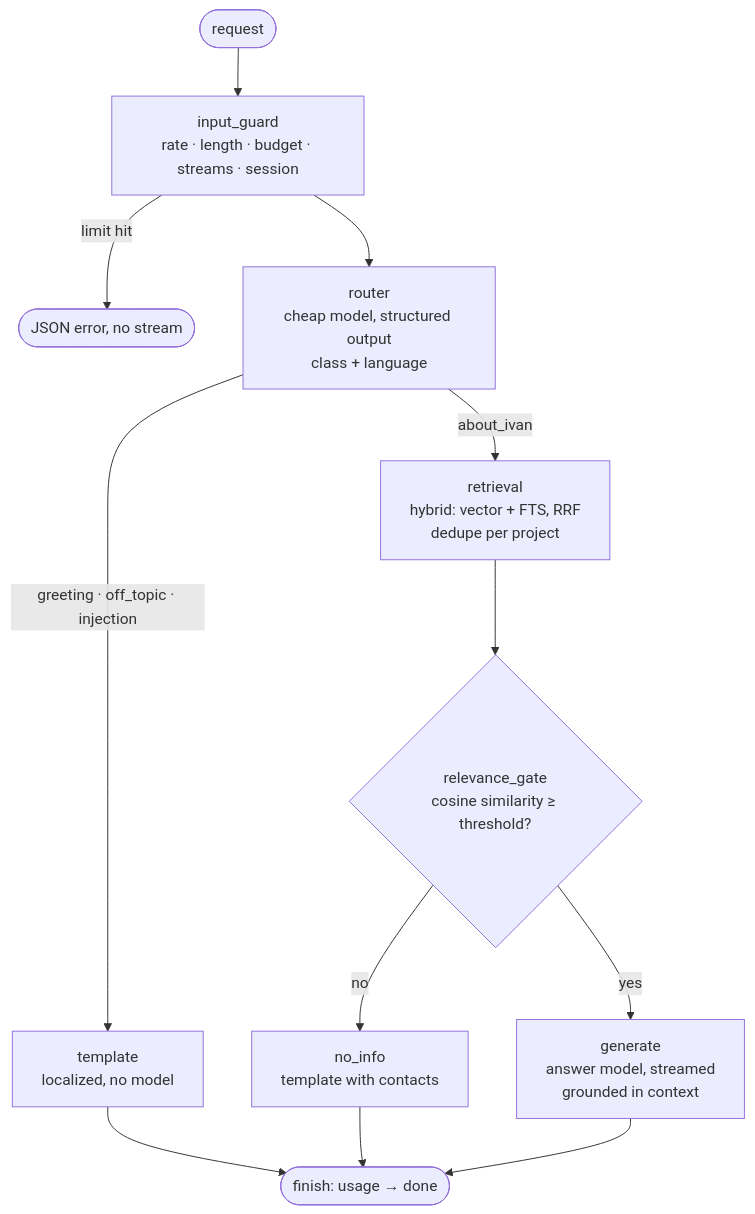
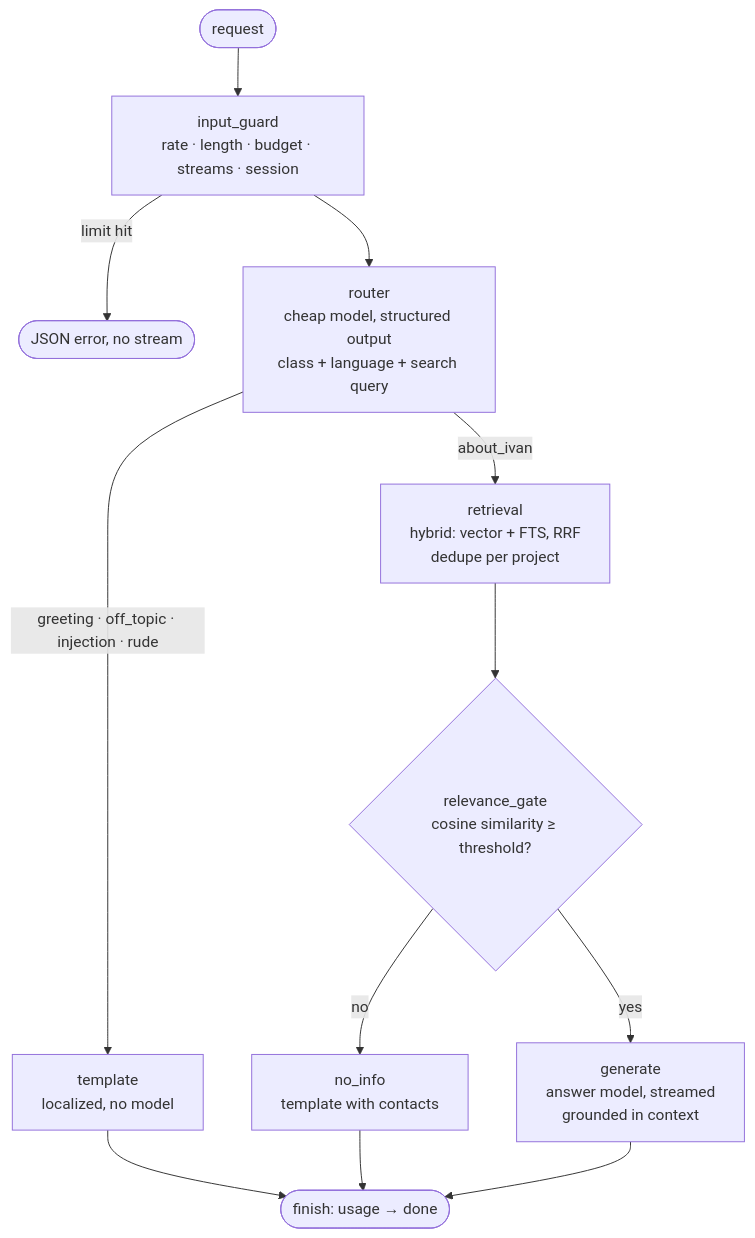
The second of 5 diagrams in docs/ARCHITECTURE.md (IvanVasiunin/ivanvasiunin-site), drawn with Mermaid before and after one commit. The commit also changed other lines of this file and 48 other files, not shown here.

First line of the commit message:
feat(api): router search queries, a rude class, job descriptions and multi-query retrieval

````diff
--- a/docs/ARCHITECTURE.md
+++ b/docs/ARCHITECTURE.md
@@ -90,12 +90,12 @@
 ```mermaid
 flowchart TD
   start([request]) --> guard[input_guard<br/>rate · length · budget · streams · session]
   guard -->|limit hit| err([JSON error, no stream])
-  guard --> router[router<br/>cheap model, structured output<br/>class + language]
-  router -->|greeting · off_topic · injection| tpl[template<br/>localized, no model]
+  guard --> router[router<br/>cheap model, structured output<br/>class + language + search query]
+  router -->|greeting · off_topic · injection · rude| tpl[template<br/>localized, no model]
   router -->|about_ivan| retrieve[retrieval<br/>hybrid: vector + FTS, RRF<br/>dedupe per project]
   retrieve --> gate{relevance_gate<br/>cosine similarity ≥ threshold?}
   gate -->|no| tpl_n[no_info<br/>template with contacts]
   gate -->|yes| generate[generate<br/>answer model, streamed<br/>grounded in context]
   tpl & tpl_n & generate --> finish([finish: usage → done])
 ```
````
